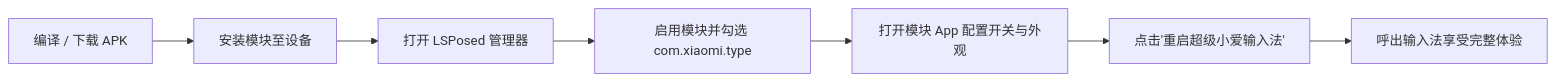
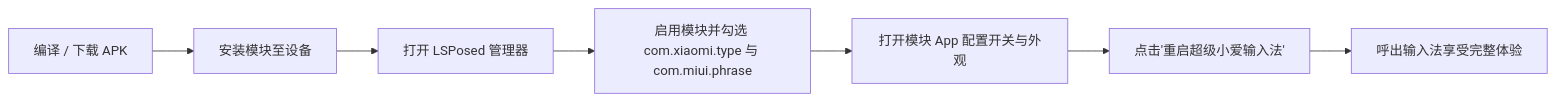
Before and after one commit to lm060719/XiaoAiTypeUnblock: the first of 2 diagrams in README.md, drawn with Mermaid. The commit also changed other lines of this file and 12 other files, not shown here.

````diff
--- a/README.md
+++ b/README.md
@@ -74,9 +77,9 @@
 ```mermaid
 flowchart LR
     A[编译 / 下载 APK] --> B[安装模块至设备]
     B --> C[打开 LSPosed 管理器]
-    C --> D[启用模块并勾选 com.xiaomi.type]
+    C --> D[启用模块并勾选 com.xiaomi.type 与 com.miui.phrase]
     D --> E[打开模块 App 配置开关与外观]
     E --> F[点击'重启超级小爱输入法']
     F --> G[呼出输入法享受完整体验]
 ```
````
